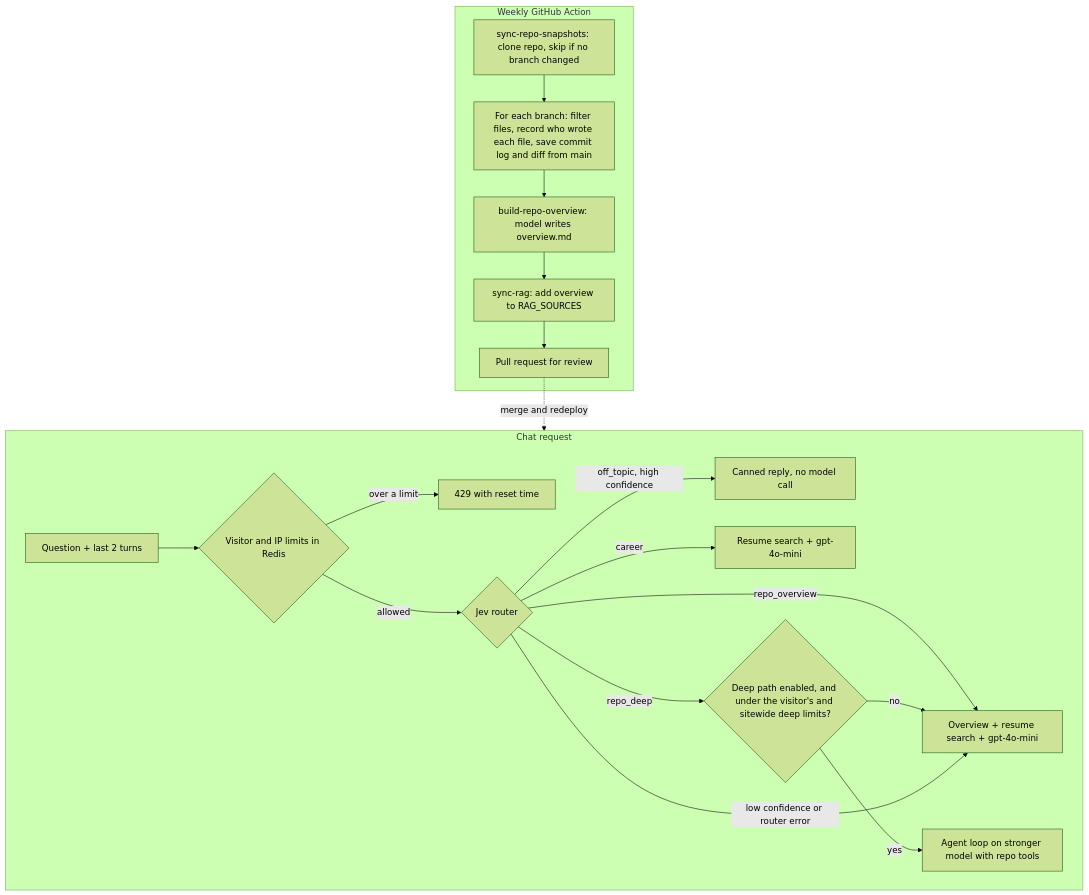
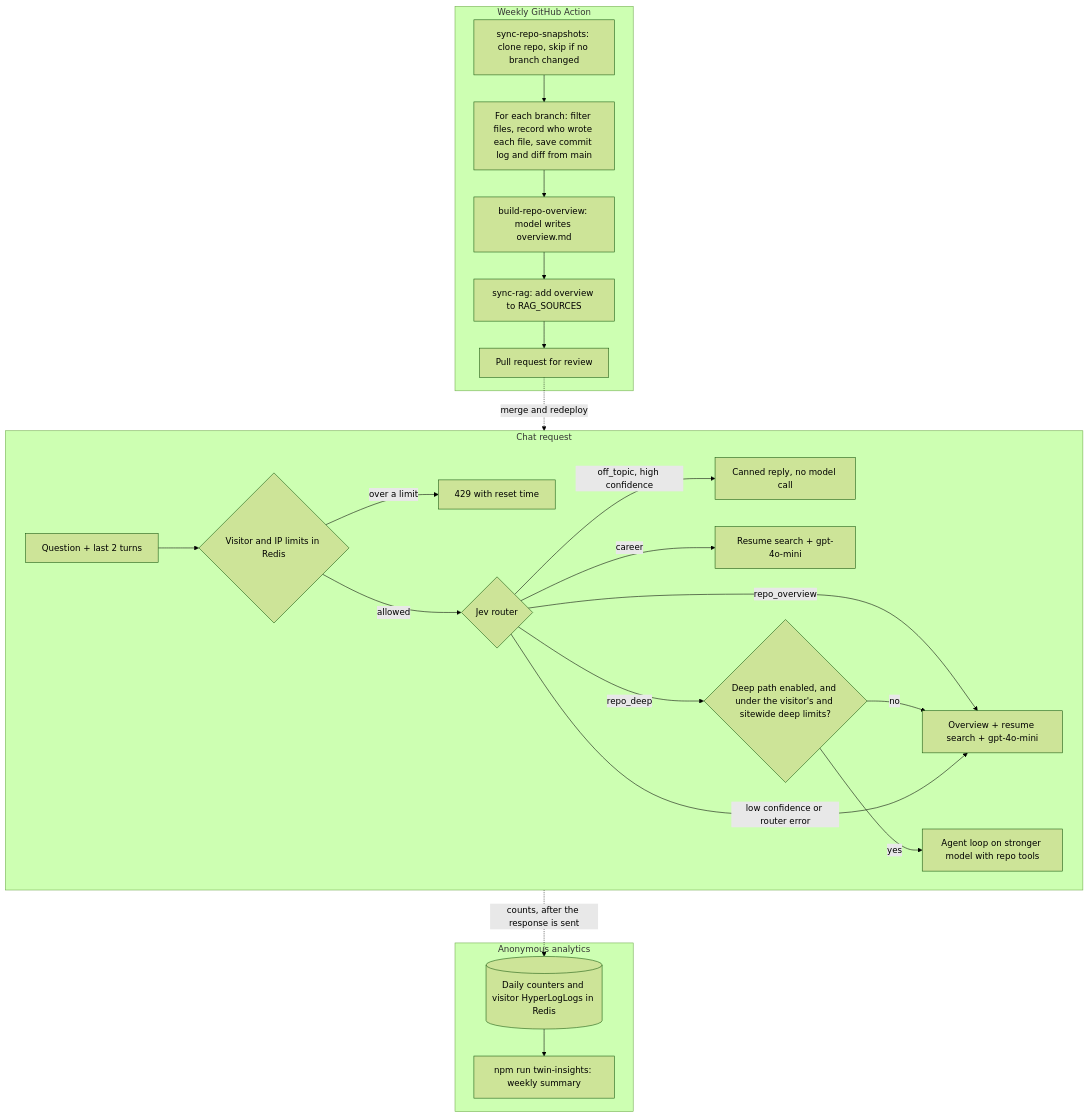
One commit to Saching16/saching16.github.io changed the diagram in PLAN_REPO_AGENT.md. Above: the diagram before and after it, drawn with Mermaid (forest theme). The commit also changed other lines of this file and 1 other file, not shown here.

Commit message:
Move anonymous analytics counters into the repo agent plan before launch

````diff
--- a/PLAN_REPO_AGENT.md
+++ b/PLAN_REPO_AGENT.md
@@ -33,24 +34,29 @@
 ```mermaid
 flowchart TD
   subgraph Weekly[Weekly GitHub Action]
     A[sync-repo-snapshots: clone repo, skip if no branch changed] --> B[For each branch: filter files, record who wrote each file, save commit log and diff from main]
     B --> C[build-repo-overview: model writes overview.md]
     C --> D[sync-rag: add overview to RAG_SOURCES]
     D --> E[Pull request for review]
   end
 
   subgraph Request[Chat request]
     Q[Question + last 2 turns] --> L{Visitor and IP limits in Redis}
     L -- over a limit --> X[429 with reset time]
     L -- allowed --> R{Jev router}
     R -- off_topic, high confidence --> O[Canned reply, no model call]
     R -- career --> CP[Resume search + gpt-4o-mini]
     R -- repo_overview --> OP[Overview + resume search + gpt-4o-mini]
     R -- repo_deep --> G{Deep path enabled, and under the visitor's and sitewide deep limits?}
     G -- yes --> AG[Agent loop on stronger model with repo tools]
     G -- no --> OP
     R -- low confidence or router error --> OP
   end
 
+  subgraph Insights[Anonymous analytics]
+    C1[(Daily counters and visitor HyperLogLogs in Redis)] --> C2[npm run twin-insights: weekly summary]
+  end
+
   E -. merge and redeploy .-> Request
+  Request -. counts, after the response is sent .-> C1
 ```
````
